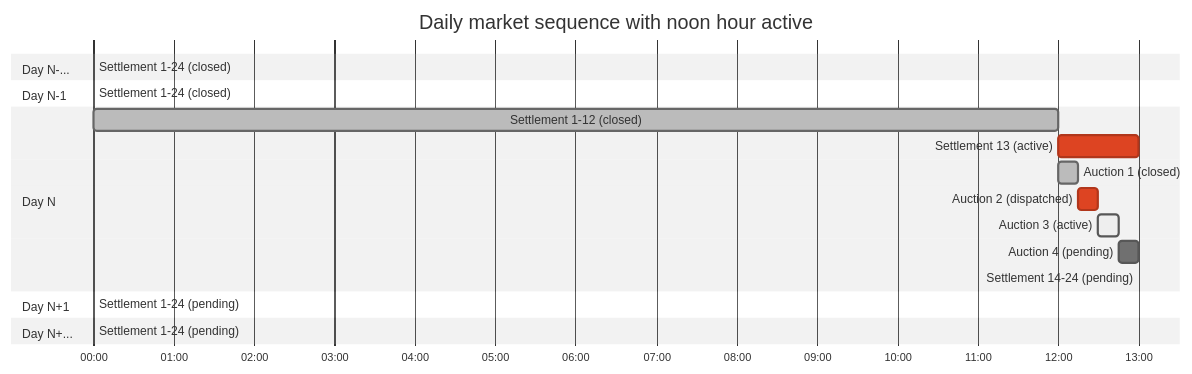
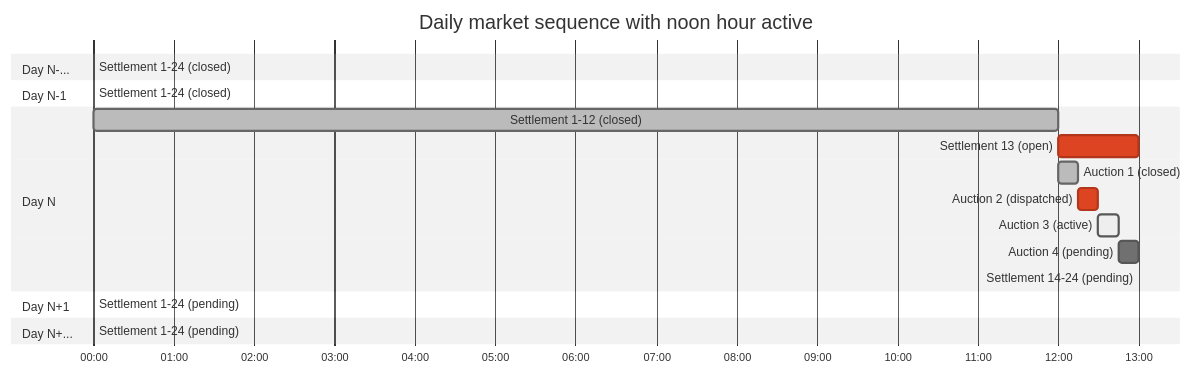
One commit to aivanova5/design changed the first of 7 diagrams in docs/auction.md. Above: the diagram before and after it, drawn with Mermaid (neutral theme).

````diff
--- a/docs/auction.md
+++ b/docs/auction.md
@@ -10,27 +10,27 @@
 ```mermaid
 gantt
    dateFormat HH:mm
    axisFormat %H:00
    title Daily market sequence with noon hour active
 
 section Day N-...
    Settlement 1-24 (closed): done, da00, 00:00, 24:00
 
 section Day N-1
    Settlement 1-24 (closed): done, day1, 00:00, 24:00
    
 section Day N
    Settlement 1-12 (closed): done, hr0, 00:00, 12:00
-   Settlement 13 (active): crit, hr13, 12:00, 13:00
+   Settlement 13 (open): crit, hr13, 12:00, 13:00
    Auction 1 (closed): done, auc1, 12:00, 12:15
    Auction 2 (dispatched): crit, auc2, after auc1, 12:30
    Auction 3 (active): active, auc3, after auc2, 12:45
    Auction 4 (pending):   auc4, after auc3, 13:00
    Settlement 14-24 (pending):   hr14, 13:00, 24:00
 
 section Day N+1
    Settlement 1-24 (pending): fut0, 00:00, 24:00
 
 section Day N+...
    Settlement 1-24 (pending): fut1, 00:00, 24:00
 ```
````
